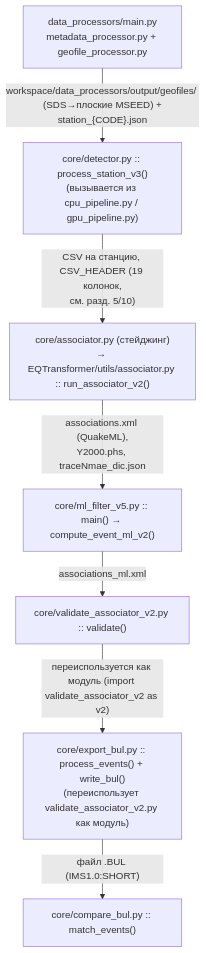
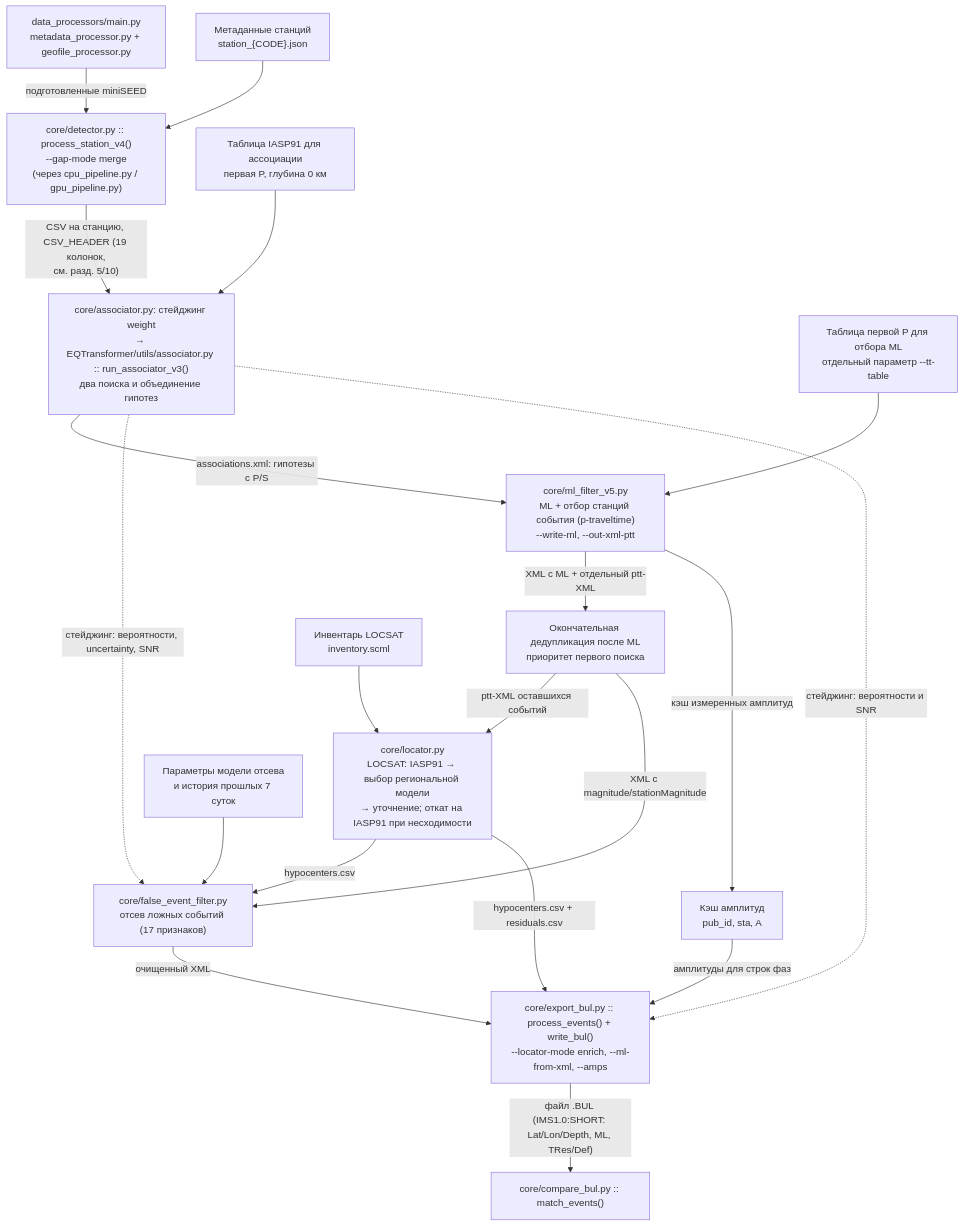
Before and after one commit to ruhose73/FastEQT: the first of 11 diagrams in docs/doc-technical.md, drawn with Mermaid. The commit also changed other lines of this file, not shown here.

Commit message:
docs(pipeline): update technical documentation for the selected v3 workflow

````diff
--- a/docs/doc-technical.md
+++ b/docs/doc-technical.md
@@ -17,17 +19,39 @@
 ```mermaid
 flowchart TD
     A["data_processors/main.py<br/>metadata_processor.py + geofile_processor.py"]
-    B["core/detector.py :: process_station_v3()<br/>(вызывается из cpu_pipeline.py / gpu_pipeline.py)"]
-    C["core/associator.py (стейджинг)<br/>→ EQTransformer/utils/associator.py :: run_associator_v2()"]
-    D["core/ml_filter_v5.py :: main() → compute_event_ml_v2()"]
-    E["core/validate_associator_v2.py :: validate()"]
-    F["core/export_bul.py :: process_events() + write_bul()<br/>(переиспользует validate_associator_v2.py как модуль)"]
-    G["core/compare_bul.py :: match_events()"]
+    B["core/detector.py :: process_station_v4()<br/>--gap-mode merge<br/>(через cpu_pipeline.py / gpu_pipeline.py)"]
+    C["core/associator.py: стейджинг weight<br/>→ EQTransformer/utils/associator.py :: run_associator_v3()<br/>два поиска и объединение гипотез"]
+    D["core/ml_filter_v5.py<br/>ML + отбор станций события (p-traveltime)<br/>--write-ml, --out-xml-ptt"]
+    J["Окончательная дедупликация после ML<br/>приоритет первого поиска"]
+    E["core/locator.py<br/>LOCSAT: IASP91 → выбор региональной модели<br/>→ уточнение; откат на IASP91 при несходимости"]
+    F["core/false_event_filter.py<br/>отсев ложных событий (17 признаков)"]
+    G["core/export_bul.py :: process_events() + write_bul()<br/>--locator-mode enrich, --ml-from-xml, --amps"]
+    H["core/compare_bul.py :: match_events()"]
 
-    A -->|"workspace/data_processors/output/geofiles/ (SDS→плоские MSEED) +<br/>station_{CODE}.json"| B
+    S["Метаданные станций<br/>station_{CODE}.json"]
+    I["Инвентарь LOCSAT<br/>inventory.scml"]
+    T["Таблица IASP91 для ассоциации<br/>первая P, глубина 0 км"]
+    U["Таблица первой P для отбора ML<br/>отдельный параметр --tt-table"]
+    V["Параметры модели отсева<br/>и история прошлых 7 суток"]
+    W["Кэш амплитуд<br/>pub_id, sta, A"]
+
+    A -->|"подготовленные miniSEED"| B
+    S --> B
     B -->|"CSV на станцию, CSV_HEADER (19 колонок,<br/>см. разд. 5/10)"| C
-    C -->|"associations.xml (QuakeML),<br/>Y2000.phs, traceNmae_dic.json"| D
-    D -->|"associations_ml<tag>.xml"| E
-    E -->|"переиспользуется как модуль (import validate_associator_v2 as v2)"| F
-    F -->|"файл .BUL (IMS1.0:SHORT)"| G
+    C -->|"associations.xml: гипотезы с P/S"| D
+    T --> C
+    U --> D
+    D -->|"XML с ML + отдельный ptt-XML"| J
+    D -->|"кэш измеренных амплитуд"| W
+    J -->|"ptt-XML оставшихся событий"| E
+    I --> E
+    J -->|"XML с magnitude/stationMagnitude"| F
+    E -->|"hypocenters.csv"| F
+    C -.->|"стейджинг: вероятности, uncertainty, SNR"| F
+    V --> F
+    F -->|"очищенный XML"| G
+    E -->|"hypocenters.csv + residuals.csv"| G
+    W -->|"амплитуды для строк фаз"| G
+    C -.->|"стейджинг: вероятности и SNR"| G
+    G -->|"файл .BUL (IMS1.0:SHORT: Lat/Lon/Depth, ML, TRes/Def)"| H
 ```
````
